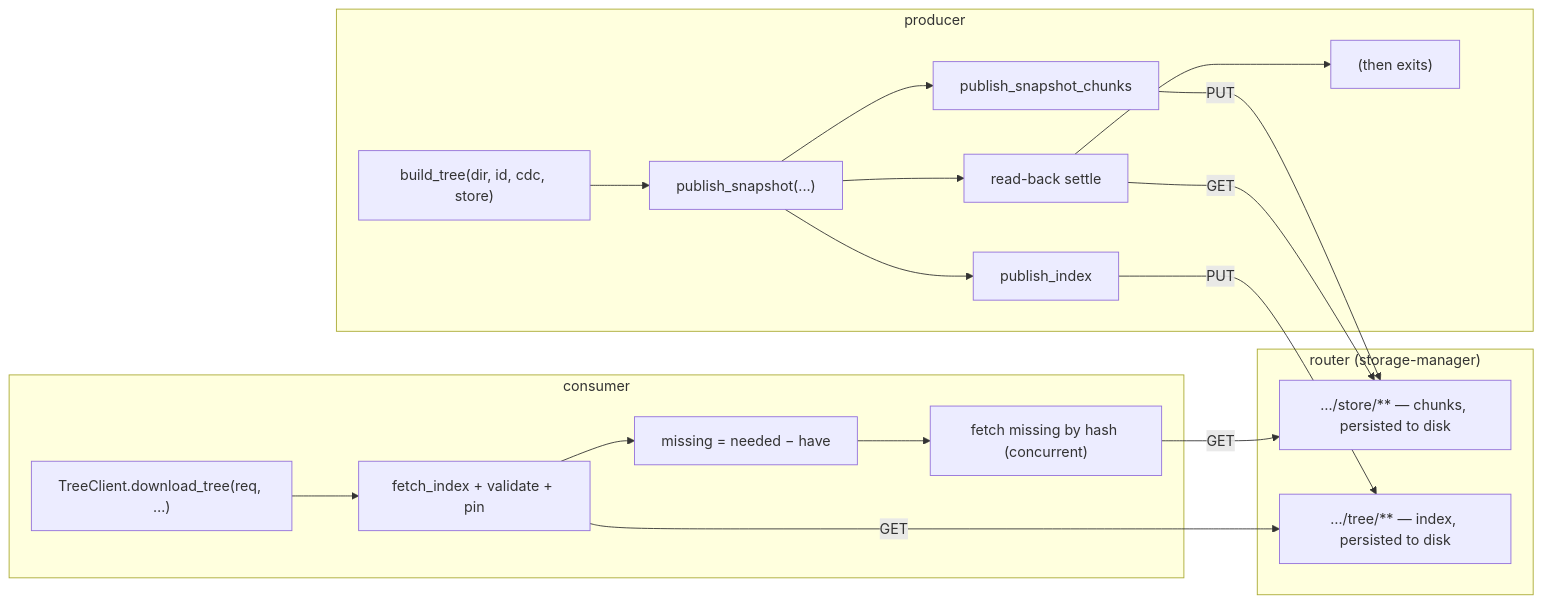
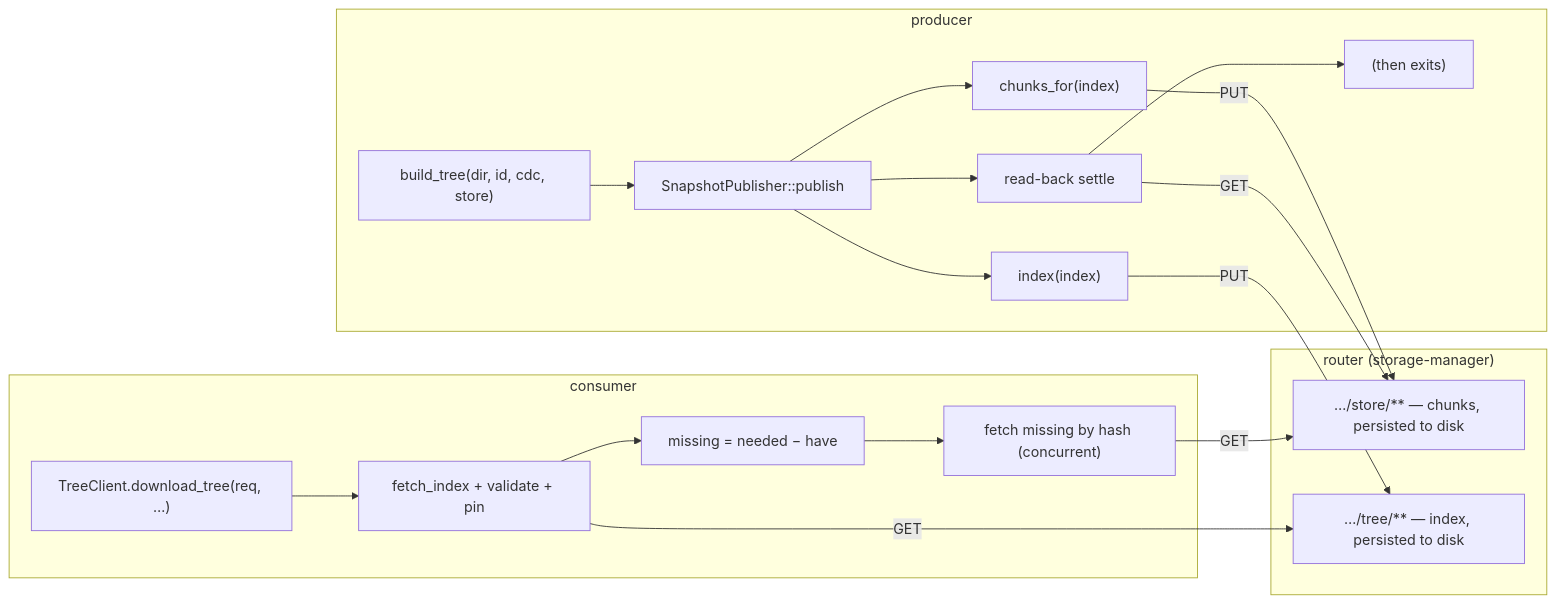
Before and after one commit to p13marc/zblob: the diagram in docs/router-storage.md, drawn with Mermaid. The commit also changed other lines of this file and 14 other files, not shown here.

````diff
--- a/docs/router-storage.md
+++ b/docs/router-storage.md
@@ -43,27 +43,27 @@
 ```mermaid
 flowchart LR
     subgraph Producer["producer"]
-        BT["build_tree(dir, id, cdc, store)"] --> PS["publish_snapshot(...)"]
-        PS --> PC["publish_snapshot_chunks"]
-        PS --> PI["publish_index"]
+        BT["build_tree(dir, id, cdc, store)"] --> PS["SnapshotPublisher::publish"]
+        PS --> PC["chunks_for(index)"]
+        PS --> PI["index(index)"]
         PS --> RB["read-back settle"]
         RB --> EX["(then exits)"]
     end
 
     subgraph Storage["router (storage-manager)"]
         ST["…/store/** — chunks, persisted to disk"]
         TR["…/tree/** — index, persisted to disk"]
     end
 
     subgraph Consumer["consumer"]
         DT["TreeClient.download_tree(req, …)"] --> FI["fetch_index + validate + pin"]
         FI --> MI["missing = needed − have"]
         MI --> FE["fetch missing by hash (concurrent)"]
     end
 
     PC -->|"PUT"| ST
     PI -->|"PUT"| TR
     RB -->|"GET"| ST
     FI -->|"GET"| TR
     FE -->|"GET"| ST
 ```
````
